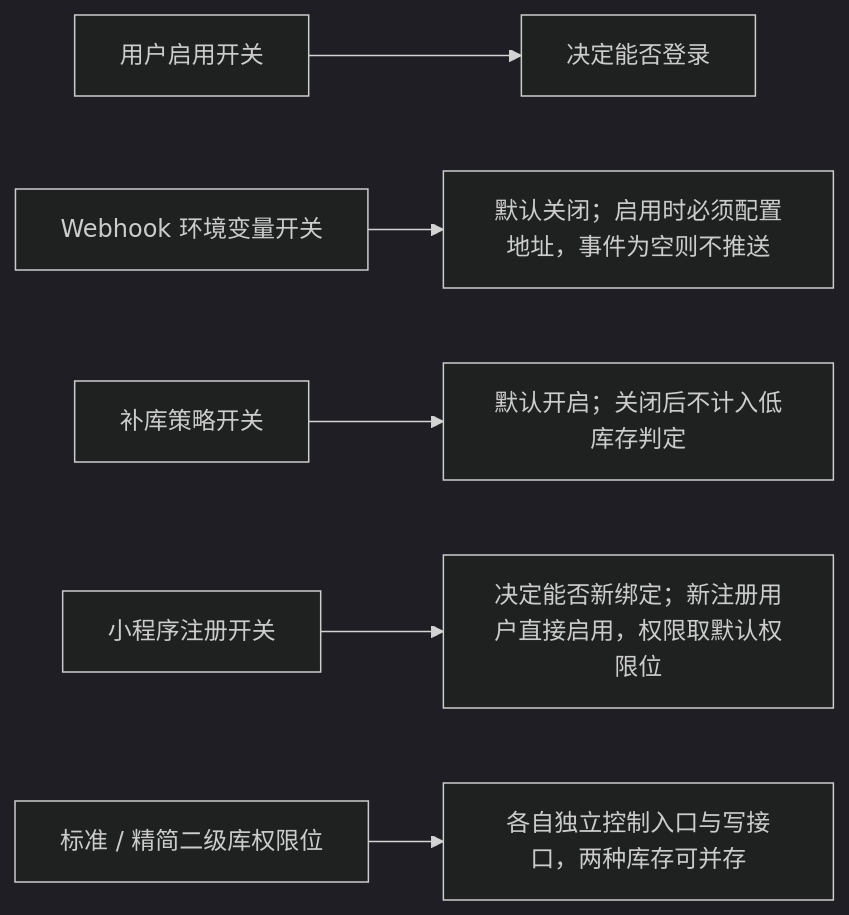
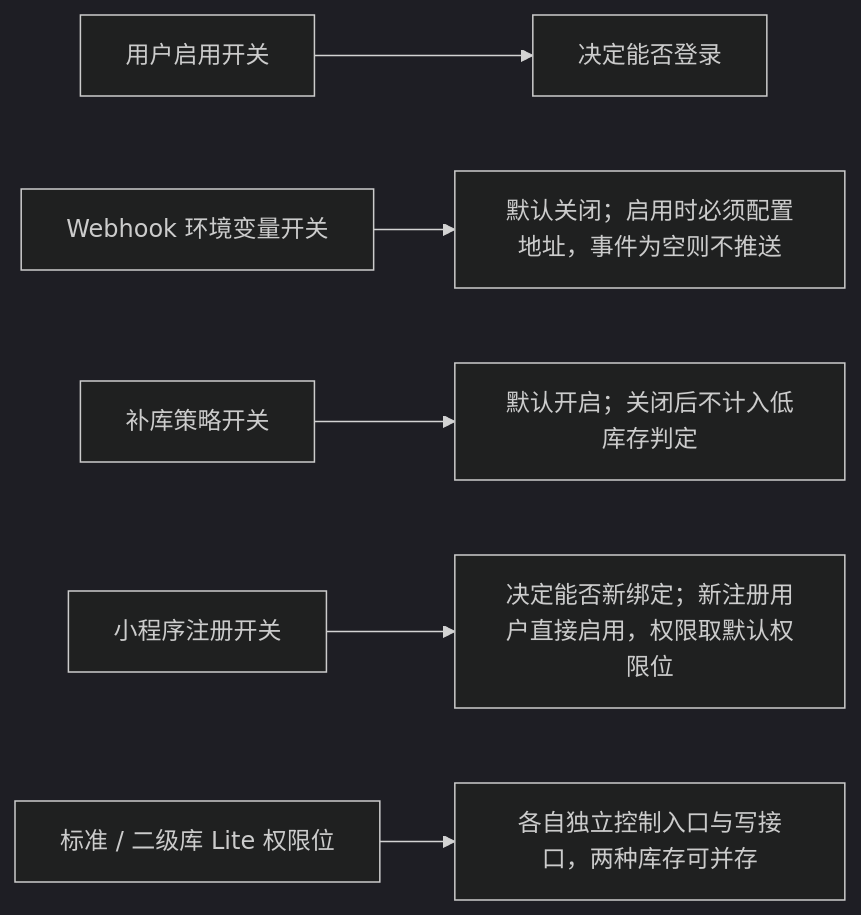
Before and after one commit to Sakana-1314/Electrical-Manager: diagram 19 of 21 in docs/websites/pages/dev-data-model.md, drawn with Mermaid (dark theme). The commit also changed other lines of this file and 47 other files, not shown here.

````diff
--- a/docs/websites/pages/dev-data-model.md
+++ b/docs/websites/pages/dev-data-model.md
@@ -813,8 +813,8 @@
 ```mermaid
 flowchart LR
     U["用户启用开关"] --> U1["决定能否登录"]
     W["Webhook 环境变量开关"] --> W1["默认关闭；启用时必须配置地址，事件为空则不推送"]
     P["补库策略开关"] --> P1["默认开启；关闭后不计入低库存判定"]
     M["小程序注册开关"] --> M1["决定能否新绑定；新注册用户直接启用，权限取默认权限位"]
-    L["标准 / 精简二级库权限位"] --> L1["各自独立控制入口与写接口，两种库存可并存"]
+    L["标准 / 二级库 Lite 权限位"] --> L1["各自独立控制入口与写接口，两种库存可并存"]
 ```
````
